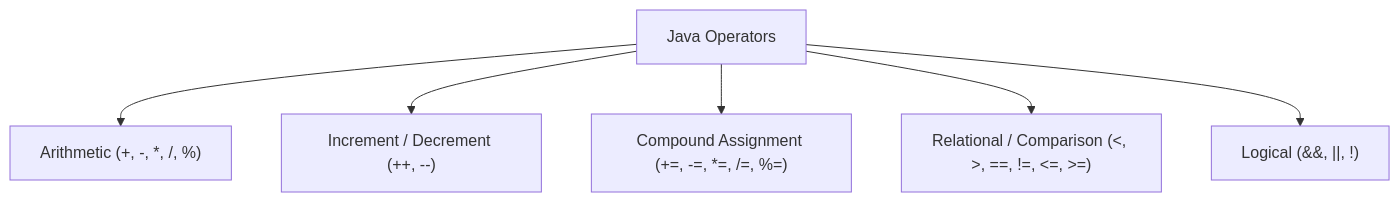
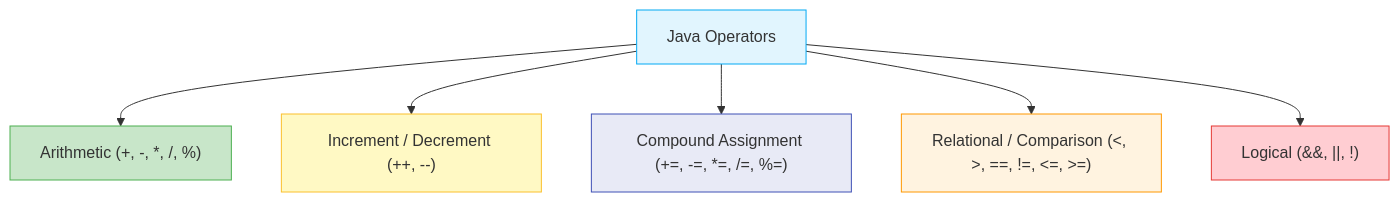
Before and after one commit to Mokshagnatej/Java-course: the first of 2 diagrams in src/Operators/README.md, drawn with Mermaid. The commit also changed other lines of this file and 15 other files, not shown here.

````diff
--- a/src/Operators/README.md
+++ b/src/Operators/README.md
@@ -22,8 +40,15 @@
 ```mermaid
 graph TD
     OP["Java Operators"] --> ARITH["Arithmetic (+, -, *, /, %)"]
     OP --> INC["Increment / Decrement (++, --)"]
     OP --> ASSIGN["Compound Assignment (+=, -=, *=, /=, %=)"]
     OP --> REL["Relational / Comparison (<, >, ==, !=, <=, >=)"]
     OP --> LOG["Logical (&&, ||, !)"]
+
+    style OP fill:#E1F5FE,stroke:#03A9F4
+    style ARITH fill:#C8E6C9,stroke:#4CAF50
+    style INC fill:#FFF9C4,stroke:#FBC02D
+    style ASSIGN fill:#E8EAF6,stroke:#3F51B5
+    style REL fill:#FFF3E0,stroke:#FF9800
+    style LOG fill:#FFCDD2,stroke:#E53935
 ```
````
